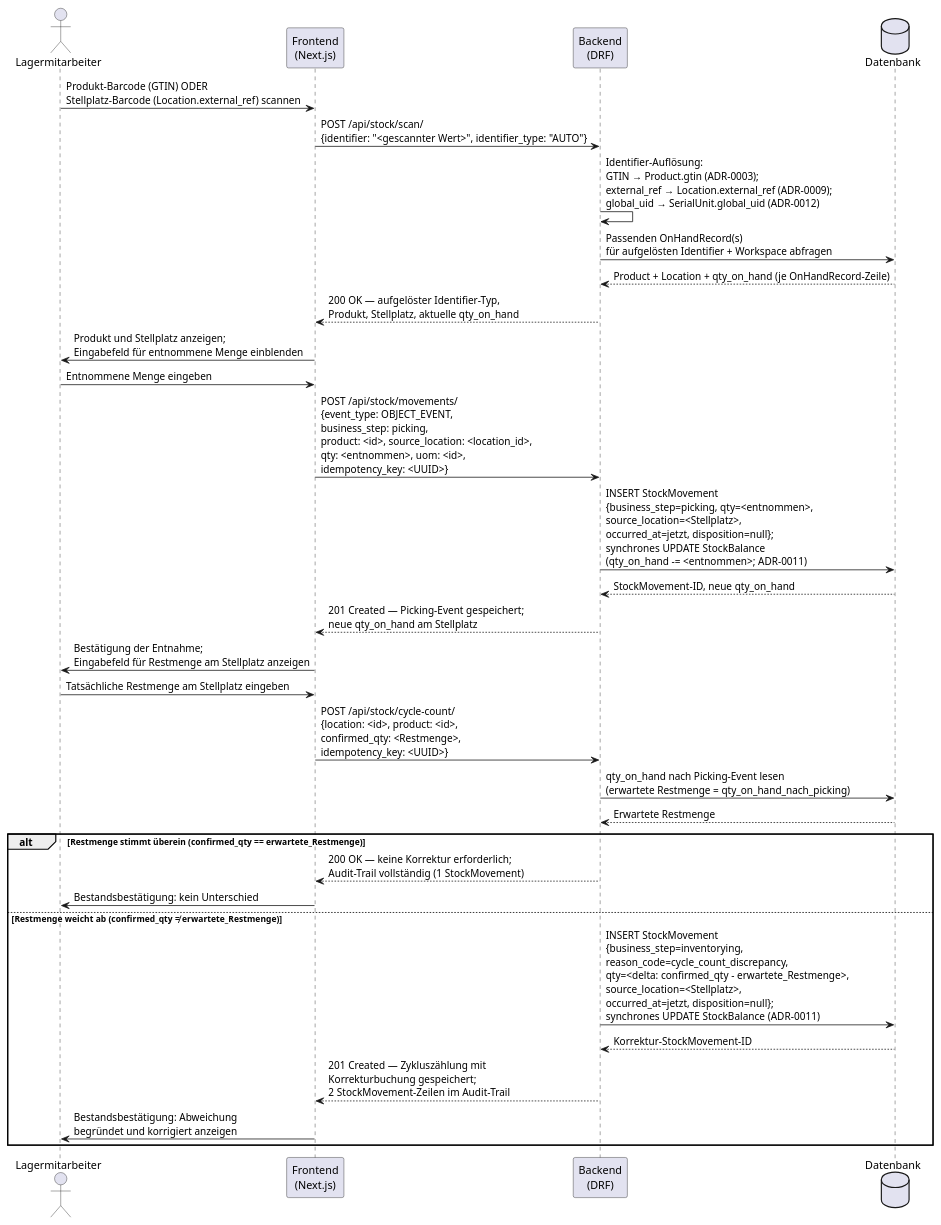
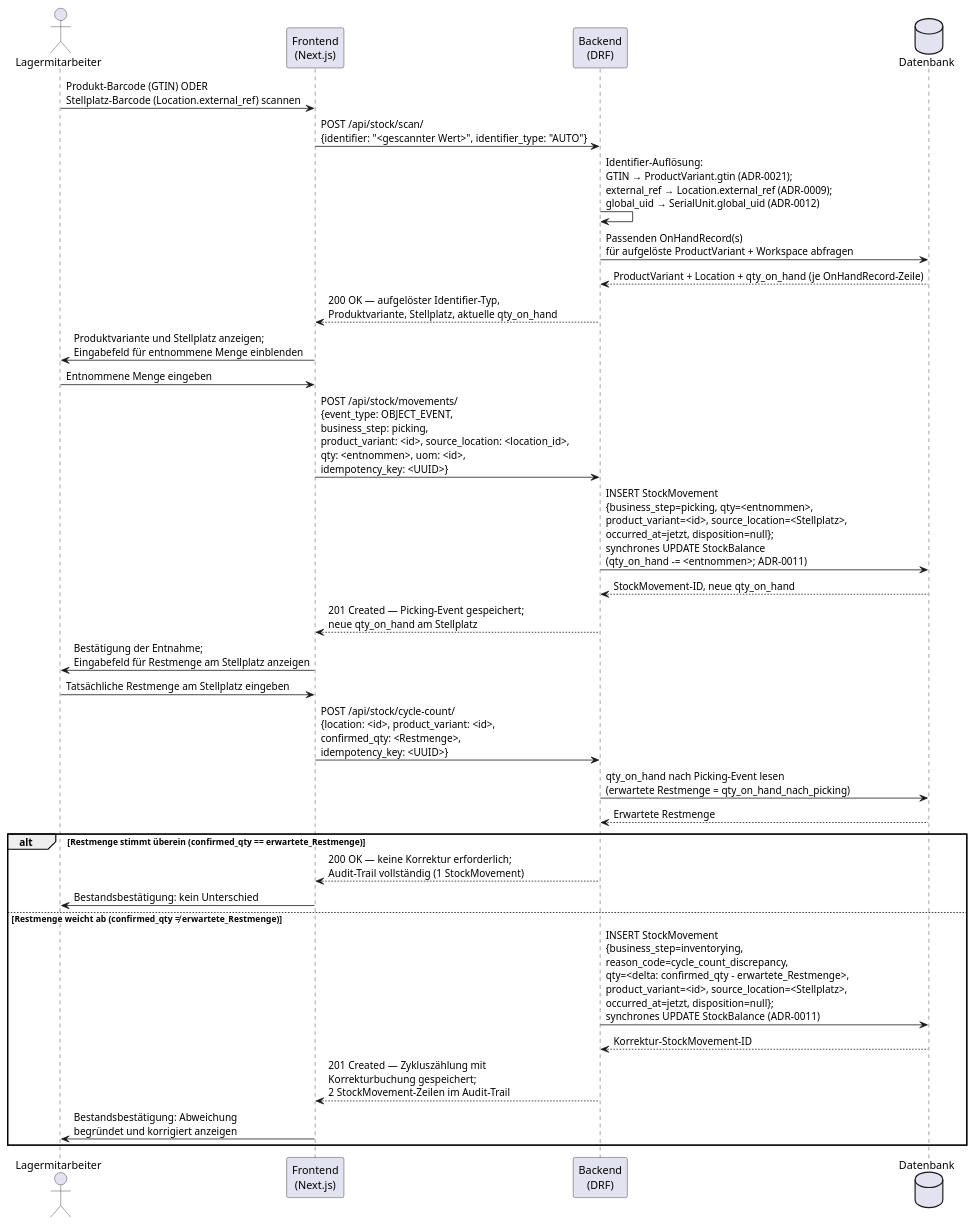
The diagram in use_cases/use_case_0009.md (KoalixSwitzerland/koalixcrm_system), drawn with PlantUML before and after one commit. The commit also changed other lines of this file and 21 other files, not shown here.

First line of the commit message:
Feat/adr 0019 product kind invariants (#13)

````diff
--- a/use_cases/use_case_0009.md
+++ b/use_cases/use_case_0009.md
@@ -30,36 +30,36 @@
 ```plantuml
 @startuml UC-0009-Hauptablauf
 actor "Lagermitarbeiter" as LM
 participant "Frontend\n(Next.js)" as FE
 participant "Backend\n(DRF)" as BE
 database "Datenbank" as DB
 
 LM -> FE : Produkt-Barcode (GTIN) ODER\nStellplatz-Barcode (Location.external_ref) scannen
 FE -> BE : POST /api/stock/scan/\n{identifier: "<gescannter Wert>", identifier_type: "AUTO"}
-BE -> BE : Identifier-Auflösung:\nGTIN → Product.gtin (ADR-0003);\nexternal_ref → Location.external_ref (ADR-0009);\nglobal_uid → SerialUnit.global_uid (ADR-0012)
-BE -> DB : Passenden OnHandRecord(s)\nfür aufgelösten Identifier + Workspace abfragen
-DB --> BE : Product + Location + qty_on_hand (je OnHandRecord-Zeile)
-BE --> FE : 200 OK — aufgelöster Identifier-Typ,\nProdukt, Stellplatz, aktuelle qty_on_hand
-FE -> LM : Produkt und Stellplatz anzeigen;\nEingabefeld für entnommene Menge einblenden
+BE -> BE : Identifier-Auflösung:\nGTIN → ProductVariant.gtin (ADR-0021);\nexternal_ref → Location.external_ref (ADR-0009);\nglobal_uid → SerialUnit.global_uid (ADR-0012)
+BE -> DB : Passenden OnHandRecord(s)\nfür aufgelöste ProductVariant + Workspace abfragen
+DB --> BE : ProductVariant + Location + qty_on_hand (je OnHandRecord-Zeile)
+BE --> FE : 200 OK — aufgelöster Identifier-Typ,\nProduktvariante, Stellplatz, aktuelle qty_on_hand
+FE -> LM : Produktvariante und Stellplatz anzeigen;\nEingabefeld für entnommene Menge einblenden
 LM -> FE : Entnommene Menge eingeben
-FE -> BE : POST /api/stock/movements/\n{event_type: OBJECT_EVENT,\nbusiness_step: picking,\nproduct: <id>, source_location: <location_id>,\nqty: <entnommen>, uom: <id>,\nidempotency_key: <UUID>}
-BE -> DB : INSERT StockMovement\n{business_step=picking, qty=<entnommen>,\nsource_location=<Stellplatz>,\noccurred_at=jetzt, disposition=null};\nsynchrones UPDATE StockBalance\n(qty_on_hand -= <entnommen>; ADR-0011)
+FE -> BE : POST /api/stock/movements/\n{event_type: OBJECT_EVENT,\nbusiness_step: picking,\nproduct_variant: <id>, source_location: <location_id>,\nqty: <entnommen>, uom: <id>,\nidempotency_key: <UUID>}
+BE -> DB : INSERT StockMovement\n{business_step=picking, qty=<entnommen>,\nproduct_variant=<id>, source_location=<Stellplatz>,\noccurred_at=jetzt, disposition=null};\nsynchrones UPDATE StockBalance\n(qty_on_hand -= <entnommen>; ADR-0011)
 DB --> BE : StockMovement-ID, neue qty_on_hand
 BE --> FE : 201 Created — Picking-Event gespeichert;\nneue qty_on_hand am Stellplatz
 FE -> LM : Bestätigung der Entnahme;\nEingabefeld für Restmenge am Stellplatz anzeigen
 LM -> FE : Tatsächliche Restmenge am Stellplatz eingeben
-FE -> BE : POST /api/stock/cycle-count/\n{location: <id>, product: <id>,\nconfirmed_qty: <Restmenge>,\nidempotency_key: <UUID>}
+FE -> BE : POST /api/stock/cycle-count/\n{location: <id>, product_variant: <id>,\nconfirmed_qty: <Restmenge>,\nidempotency_key: <UUID>}
 BE -> DB : qty_on_hand nach Picking-Event lesen\n(erwartete Restmenge = qty_on_hand_nach_picking)
 DB --> BE : Erwartete Restmenge
 
 alt Restmenge stimmt überein (confirmed_qty == erwartete_Restmenge)
     BE --> FE : 200 OK — keine Korrektur erforderlich;\nAudit-Trail vollständig (1 StockMovement)
     FE -> LM : Bestandsbestätigung: kein Unterschied
 else Restmenge weicht ab (confirmed_qty ≠ erwartete_Restmenge)
-    BE -> DB : INSERT StockMovement\n{business_step=inventorying,\nreason_code=cycle_count_discrepancy,\nqty=<delta: confirmed_qty - erwartete_Restmenge>,\nsource_location=<Stellplatz>,\noccurred_at=jetzt, disposition=null};\nsynchrones UPDATE StockBalance (ADR-0011)
+    BE -> DB : INSERT StockMovement\n{business_step=inventorying,\nreason_code=cycle_count_discrepancy,\nqty=<delta: confirmed_qty - erwartete_Restmenge>,\nproduct_variant=<id>, source_location=<Stellplatz>,\noccurred_at=jetzt, disposition=null};\nsynchrones UPDATE StockBalance (ADR-0011)
     DB --> BE : Korrektur-StockMovement-ID
     BE --> FE : 201 Created — Zykluszählung mit\nKorrekturbuchung gespeichert;\n2 StockMovement-Zeilen im Audit-Trail
     FE -> LM : Bestandsbestätigung: Abweichung\nbegründet und korrigiert anzeigen
 end
 @enduml
 ```
````
